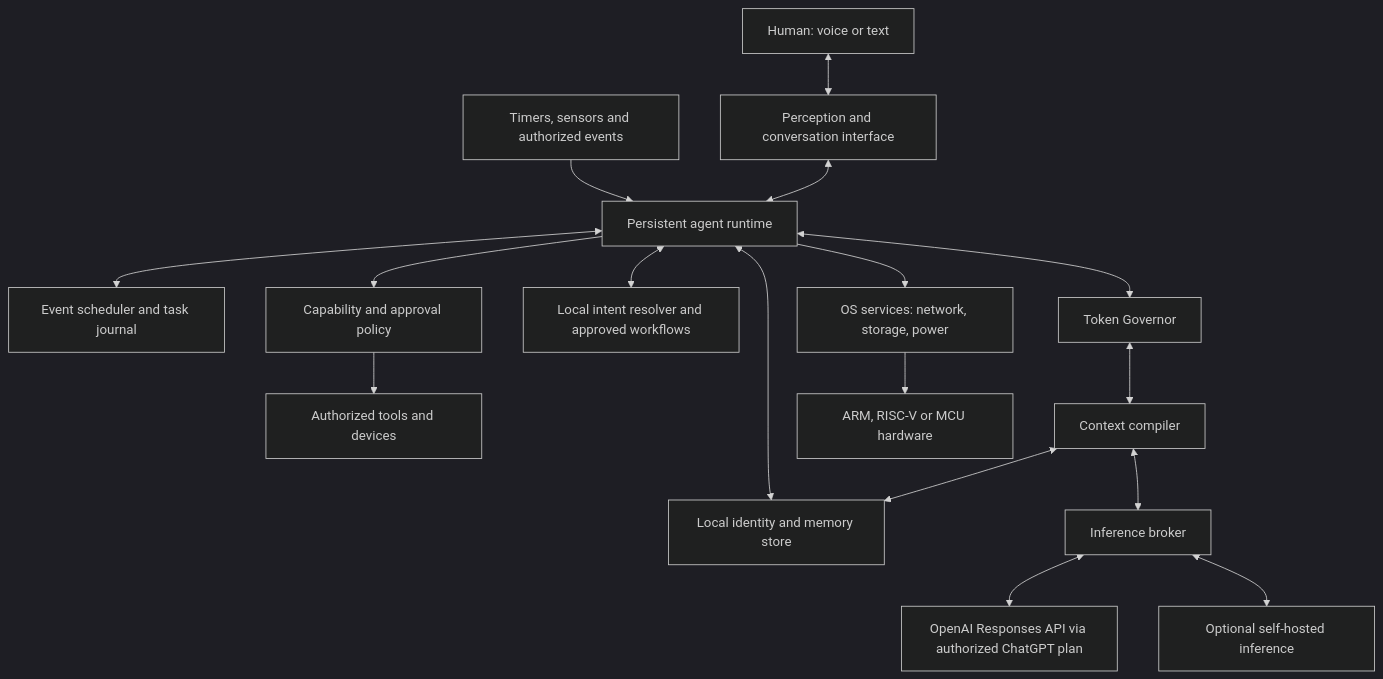
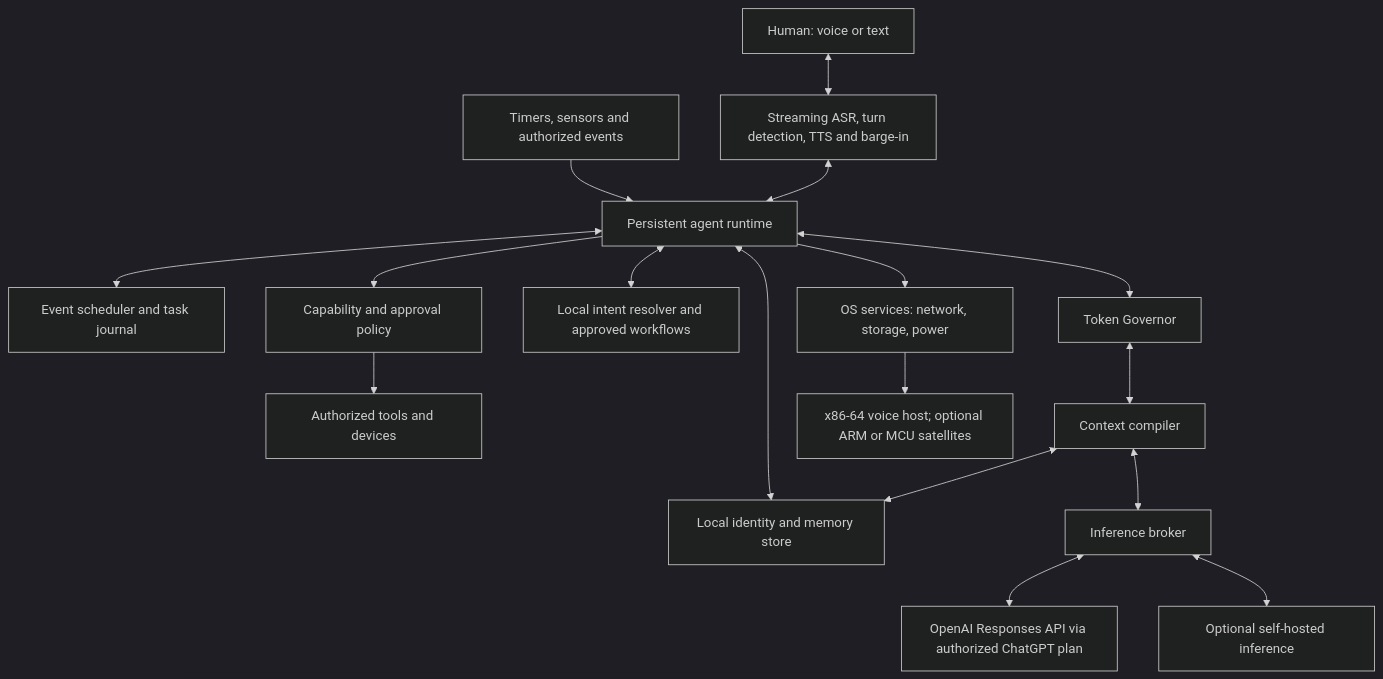
Before and after one commit to idmfrank/atomos: the diagram in README.md, drawn with Mermaid (dark theme). The commit also changed other lines of this file, not shown here.

Commit message:
docs: prioritize natural conversation and revise reference hardware

````diff
--- a/README.md
+++ b/README.md
@@ -32,19 +33,19 @@
 ```mermaid
 flowchart TD
-    U[Human: voice or text] <--> P[Perception and conversation interface]
+    U[Human: voice or text] <--> P[Streaming ASR, turn detection, TTS and barge-in]
     E[Timers, sensors and authorized events] --> R
     P <--> R[Persistent agent runtime]
     R <--> M[Local identity and memory store]
     R <--> S[Event scheduler and task journal]
     R --> A[Capability and approval policy]
     A --> T[Authorized tools and devices]
     R <--> D[Local intent resolver and approved workflows]
     R <--> G[Token Governor]
     G <--> X[Context compiler]
     X <--> M
     X <--> B[Inference broker]
     B <--> C[OpenAI Responses API via authorized ChatGPT plan]
     B <--> H[Optional self-hosted inference]
     R --> O[OS services: network, storage, power]
-    O --> HW[ARM, RISC-V or MCU hardware]
+    O --> HW[x86-64 voice host; optional ARM or MCU satellites]
 ```
````
